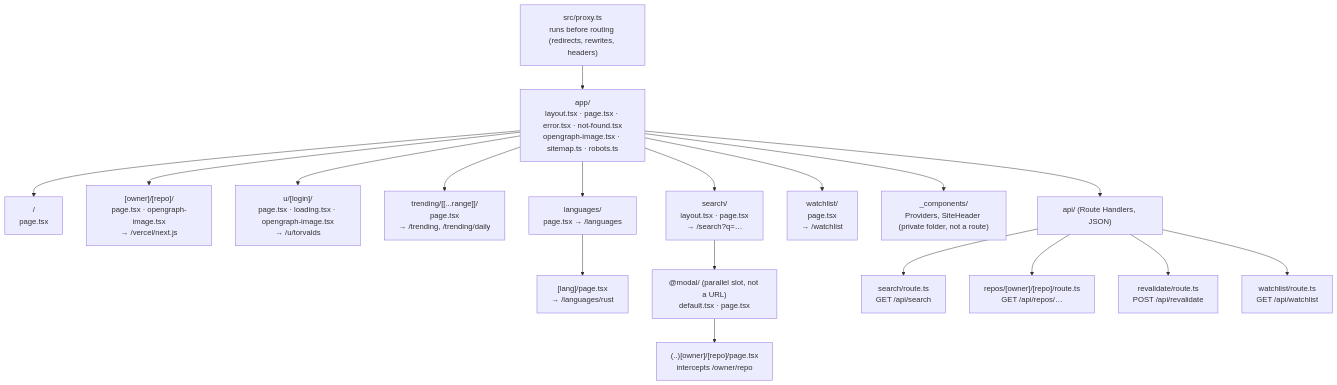
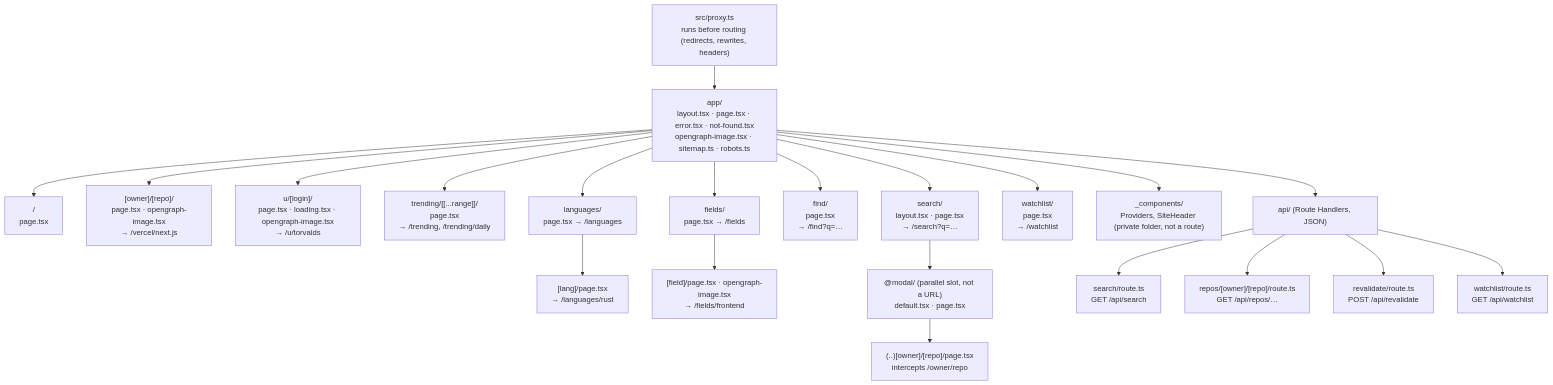
The third of 19 diagrams in docs/ARCHITECTURE.md (tarnishedMind/RepoRadar), drawn with Mermaid before and after one commit. The commit also changed other lines of this file and 55 other files, not shown here.

````diff
--- a/docs/ARCHITECTURE.md
+++ b/docs/ARCHITECTURE.md
@@ -83,22 +83,25 @@
 ```mermaid
 flowchart TD
   proxy["src/proxy.ts<br/>runs before routing (redirects, rewrites, headers)"]
   proxy --> root
   root["app/<br/>layout.tsx · page.tsx · error.tsx · not-found.tsx<br/>opengraph-image.tsx · sitemap.ts · robots.ts"]
   root --> home["/ <br/>page.tsx"]
   root --> repo["[owner]/[repo]/<br/>page.tsx · opengraph-image.tsx<br/>→ /vercel/next.js"]
   root --> user["u/[login]/<br/>page.tsx · loading.tsx · opengraph-image.tsx<br/>→ /u/torvalds"]
   root --> trending["trending/[[...range]]/<br/>page.tsx<br/>→ /trending, /trending/daily"]
   root --> langs["languages/<br/>page.tsx → /languages"]
   langs --> lang["[lang]/page.tsx<br/>→ /languages/rust"]
+  root --> fields["fields/<br/>page.tsx → /fields"]
+  fields --> field["[field]/page.tsx · opengraph-image.tsx<br/>→ /fields/frontend"]
+  root --> find["find/<br/>page.tsx<br/>→ /find?q=…"]
   root --> search["search/<br/>layout.tsx · page.tsx<br/>→ /search?q=…"]
   search --> modal["@modal/ (parallel slot, not a URL)<br/>default.tsx · page.tsx"]
   modal --> intercept["(..)[owner]/[repo]/page.tsx<br/>intercepts /owner/repo"]
   root --> watch["watchlist/<br/>page.tsx<br/>→ /watchlist"]
   root --> comps["_components/<br/>Providers, SiteHeader (private folder, not a route)"]
   root --> api["api/ (Route Handlers, JSON)"]
   api --> apiSearch["search/route.ts<br/>GET /api/search"]
   api --> apiRepo["repos/[owner]/[repo]/route.ts<br/>GET /api/repos/…"]
   api --> apiReval["revalidate/route.ts<br/>POST /api/revalidate"]
   api --> apiWatch["watchlist/route.ts<br/>GET /api/watchlist"]
 ```
````
